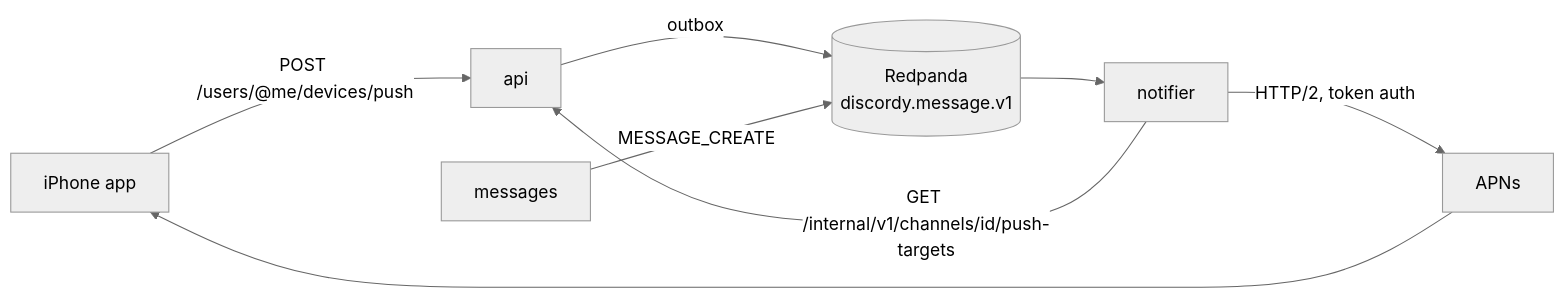
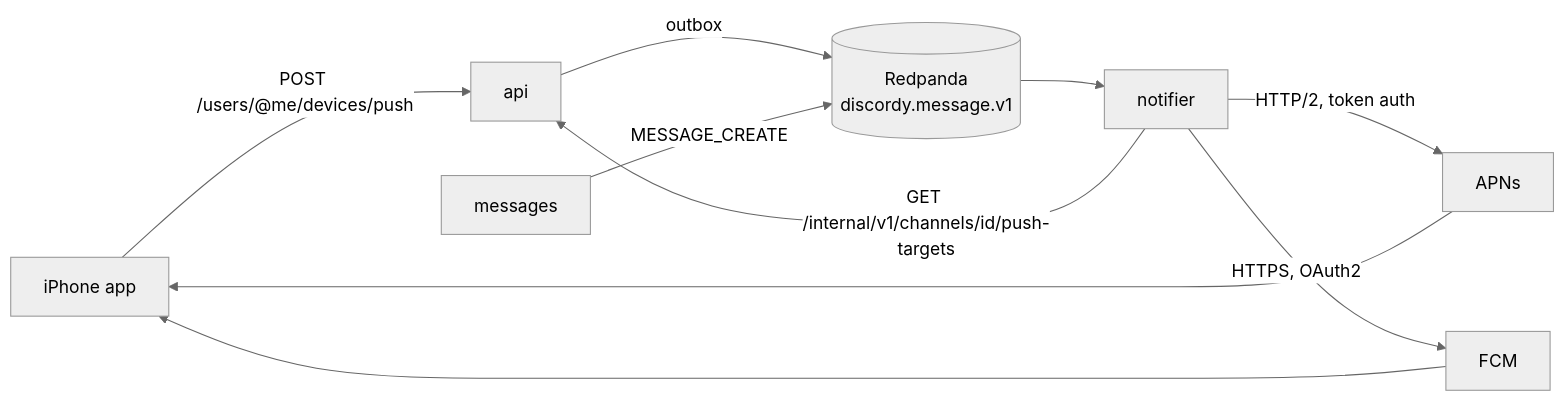
The diagram in runbooks/push-notifications.md (voics-app/docs), drawn with Mermaid (neutral theme) before and after one commit. The commit also changed other lines of this file and 3 other files, not shown here.

````diff
--- a/runbooks/push-notifications.md
+++ b/runbooks/push-notifications.md
@@ -7,10 +7,12 @@
 ```mermaid
 flowchart LR
     app[iPhone app] -->|POST /users/@me/devices/push| api
     api -->|outbox| rp[(Redpanda<br/>discordy.message.v1)]
     messages -->|MESSAGE_CREATE| rp
     rp --> notifier
     notifier -->|GET /internal/v1/channels/id/push-targets| api
     notifier -->|HTTP/2, token auth| apns[APNs]
+    notifier -->|HTTPS, OAuth2| fcm[FCM]
     apns --> app
+    fcm --> app
 ```
````
